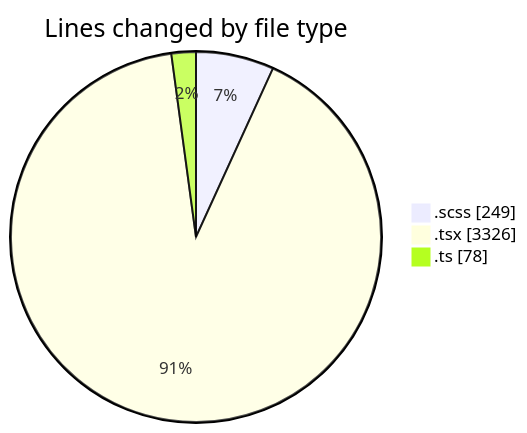
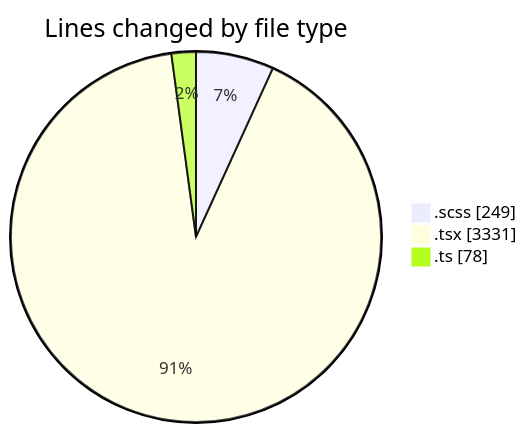
Before and after one commit to momahboobian/code-tracking: the first of 2 diagrams in 2025-09-26/cda/README.md, drawn with Mermaid. The commit also changed other lines of this file and 1 other file, not shown here.

````diff
--- a/2025-09-26/cda/README.md
+++ b/2025-09-26/cda/README.md
@@ -23,7 +23,7 @@
 ```mermaid
 pie showData
 title Lines changed by file type
 ".scss" : 249
-".tsx" : 3326
+".tsx" : 3331
 ".ts" : 78
 ```
````
